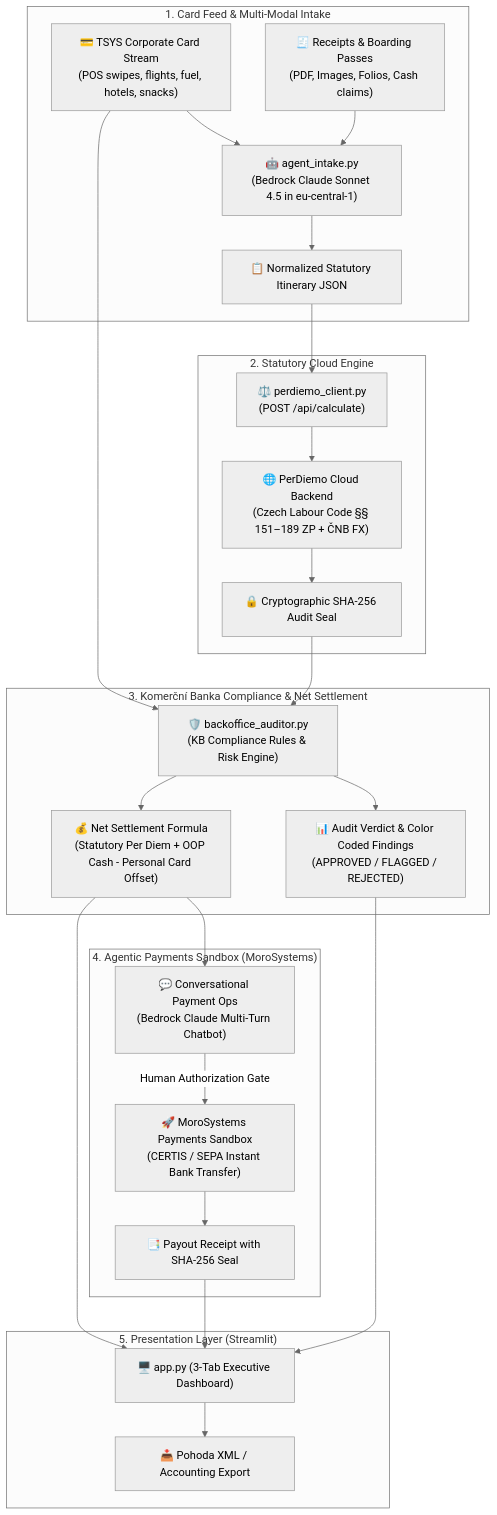
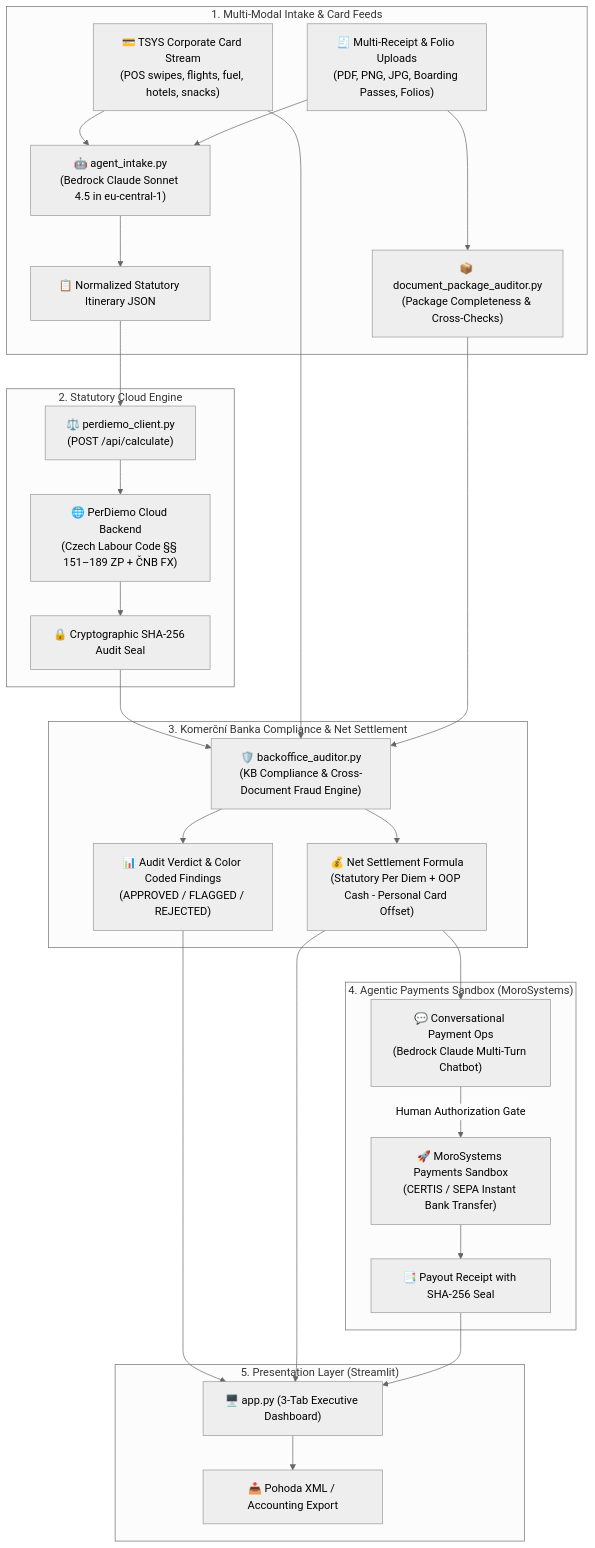
The diagram in AGENTS.md (dataquo/perdiemo-fintechers-hackathon-2026), drawn with Mermaid (neutral theme) before and after one commit. The commit also changed other lines of this file and 41 other files, not shown here.

First line of the commit message:
feat(intake) (v1.1.15): integrate multi-modal OCR extraction and document package auditor

````diff
--- a/AGENTS.md
+++ b/AGENTS.md
@@ -27,35 +27,37 @@
 ```mermaid
 flowchart TD
-    subgraph INTAKE["1. Card Feed & Multi-Modal Intake"]
+    subgraph INTAKE["1. Multi-Modal Intake & Card Feeds"]
         A["💳 TSYS Corporate Card Stream<br/>(POS swipes, flights, fuel, hotels, snacks)"] --> C
-        B["🧾 Receipts & Boarding Passes<br/>(PDF, Images, Folios, Cash claims)"] --> C
+        B["🧾 Multi-Receipt & Folio Uploads<br/>(PDF, PNG, JPG, Boarding Passes, Folios)"] --> C
         C["🤖 agent_intake.py<br/>(Bedrock Claude Sonnet 4.5 in eu-central-1)"]
         C --> D["📋 Normalized Statutory Itinerary JSON"]
+        B --> PKG["📦 document_package_auditor.py<br/>(Package Completeness & Cross-Checks)"]
     end
 
     subgraph ENGINE["2. Statutory Cloud Engine"]
         D --> E["⚖️ perdiemo_client.py<br/>(POST /api/calculate)"]
         E --> F["🌐 PerDiemo Cloud Backend<br/>(Czech Labour Code §§ 151–189 ZP + ČNB FX)"]
         F --> G["🔒 Cryptographic SHA-256 Audit Seal"]
     end
 
     subgraph AUDIT["3. Komerční Banka Compliance & Net Settlement"]
-        G --> H["🛡️ backoffice_auditor.py<br/>(KB Compliance Rules & Risk Engine)"]
+        G --> H["🛡️ backoffice_auditor.py<br/>(KB Compliance & Cross-Document Fraud Engine)"]
         A --> H
+        PKG --> H
         H --> I["📊 Audit Verdict & Color Coded Findings<br/>(APPROVED / FLAGGED / REJECTED)"]
         H --> J["💰 Net Settlement Formula<br/>(Statutory Per Diem + OOP Cash - Personal Card Offset)"]
     end
 
     subgraph MONEY["4. Agentic Payments Sandbox (MoroSystems)"]
         J --> K["💬 Conversational Payment Ops<br/>(Bedrock Claude Multi-Turn Chatbot)"]
         K -->|Human Authorization Gate| L["🚀 MoroSystems Payments Sandbox<br/>(CERTIS / SEPA Instant Bank Transfer)"]
         L --> M["📑 Payout Receipt with SHA-256 Seal"]
     end
 
     subgraph UI["5. Presentation Layer (Streamlit)"]
         I --> N["🖥️ app.py (3-Tab Executive Dashboard)"]
         J --> N
         M --> N
         N --> O["📥 Pohoda XML / Accounting Export"]
     end
 ```
````
